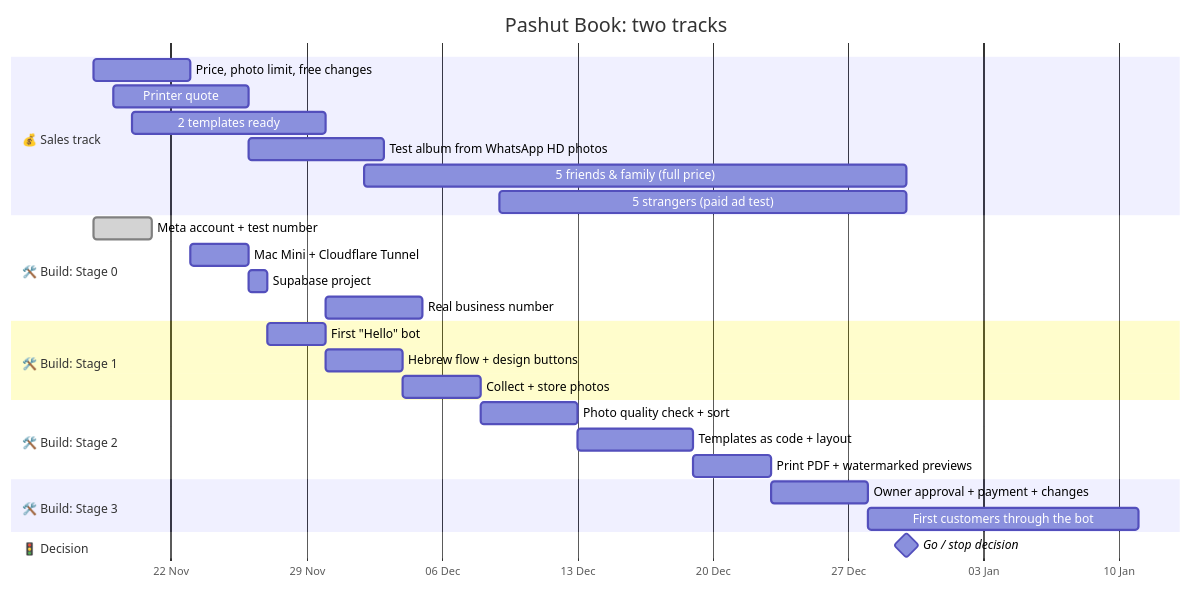
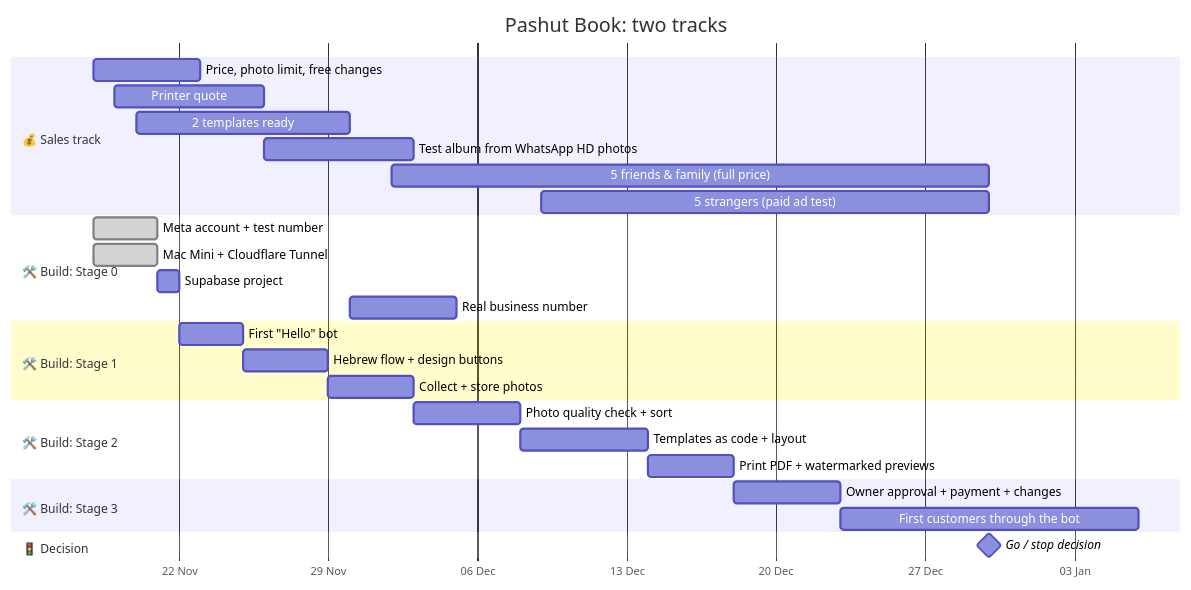
Before and after one commit to daaniel20/Pashut_Book: the diagram in ROADMAP.md, drawn with Mermaid. The commit also changed other lines of this file and 2 other files, not shown here.

Commit message:
Mark task 0.2 done and add lessons learned to its guide
Claude-Session: https://claude.ai/code/session_01HFb9C6ZAQbLaXUNQi4VQRg

````diff
--- a/ROADMAP.md
+++ b/ROADMAP.md
@@ -23,37 +23,37 @@
 ```mermaid
 gantt
     title Pashut Book: two tracks
     dateFormat YYYY-MM-DD
     axisFormat %d %b
 
     section 💰 Sales track
     Price, photo limit, free changes  :s1, 2026-11-18, 5d
     Printer quote                     :s2, 2026-11-19, 7d
     2 templates ready                 :s3, 2026-11-20, 10d
     Test album from WhatsApp HD photos :s4, after s2, 7d
     5 friends & family (full price)   :s5, 2026-12-02, 28d
     5 strangers (paid ad test)        :s6, 2026-12-09, 21d
 
     section 🛠️ Build: Stage 0
     Meta account + test number        :done, b0a, 2026-11-18, 3d
-    Mac Mini + Cloudflare Tunnel      :b0b, 2026-11-23, 3d
+    Mac Mini + Cloudflare Tunnel      :done, b0b, 2026-11-18, 3d
     Supabase project                  :b0c, after b0b, 1d
     Real business number              :b0d, 2026-11-30, 5d
 
     section 🛠️ Build: Stage 1
     First "Hello" bot                 :b1a, after b0c, 3d
     Hebrew flow + design buttons      :b1b, after b1a, 4d
     Collect + store photos            :b1c, after b1b, 4d
 
     section 🛠️ Build: Stage 2
     Photo quality check + sort        :b2a, after b1c, 5d
     Templates as code + layout        :b2b, after b2a, 6d
     Print PDF + watermarked previews  :b2c, after b2b, 4d
 
     section 🛠️ Build: Stage 3
     Owner approval + payment + changes :b3a, after b2c, 5d
     First customers through the bot   :b3b, after b3a, 14d
 
     section 🚦 Decision
     Go / stop decision                :milestone, g1, 2026-12-30, 0d
 ```
````
